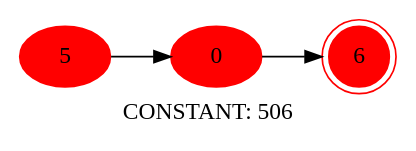
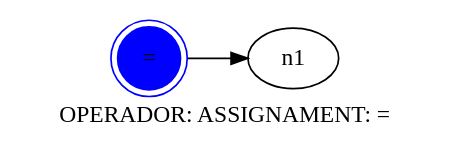
The diagram in parser-py/Plots/3_toPlot.dot (Jbrod5/lenguajes), drawn with Graphviz before and after one commit. The commit also changed 48 other files, not shown here.

```diff
--- a/parser-py/Plots/3_toPlot.dot
+++ b/parser-py/Plots/3_toPlot.dot
@@ -1,9 +1,6 @@
 digraph Plot{
    rankdir = LR;
-   label = "CONSTANT: 506";
-    n0[style = filled, color = red, label = "5"];
-    n1[style = filled, color = red, label = "0"];
-    n2[style = filled, color = red, label = "6" ,shape = doublecircle];
+   label = "OPERADOR: ASSIGNAMENT: =";
+    n0[style = filled, color = blue, label = "=" ,shape = doublecircle];
     n0 -> n1;
-    n1 -> n2;
 }
```
